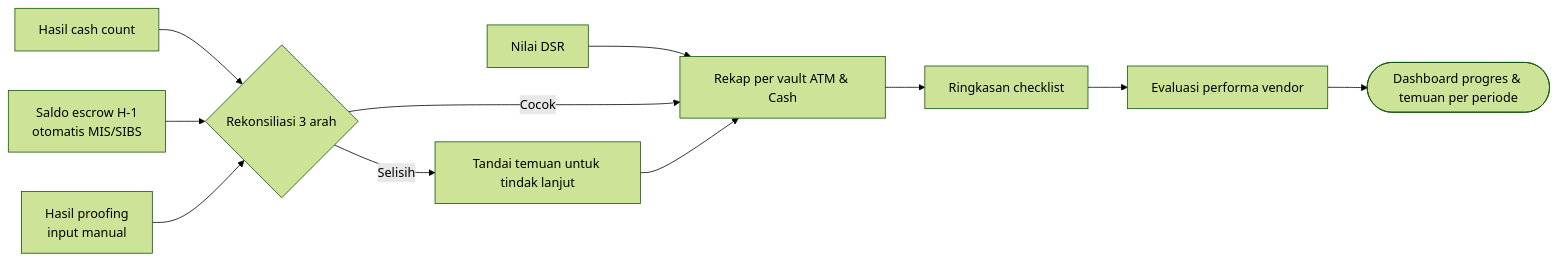
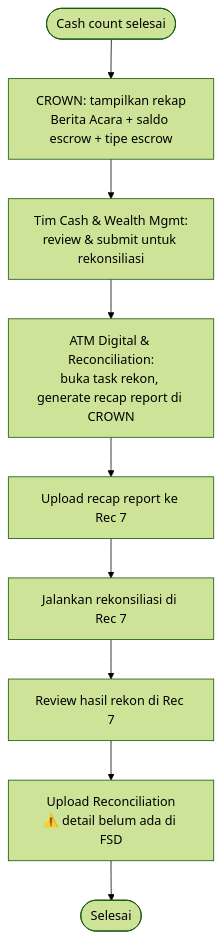
One commit to sanjayayudha18/project_cms changed the fourth of 4 diagrams in .claude/feature-flows/08-cash-count-vault/feature-flow.md. Above: the diagram before and after it, drawn with Mermaid (forest theme). The commit also changed other lines of this file and 209 other files, not shown here.

````diff
--- a/.claude/feature-flows/08-cash-count-vault/feature-flow.md
+++ b/.claude/feature-flows/08-cash-count-vault/feature-flow.md
@@ -49,12 +74,11 @@
 ```mermaid
-flowchart LR
-    A[Hasil cash count] --> R{Rekonsiliasi 3 arah}
-    B[Saldo escrow H-1<br/>otomatis MIS/SIBS] --> R
-    C[Hasil proofing<br/>input manual] --> R
-    D[Nilai DSR] --> S
-    R -->|Cocok| S[Rekap per vault ATM & Cash]
-    R -->|Selisih| T[Tandai temuan untuk tindak lanjut] --> S
-    S --> U[Ringkasan checklist]
-    U --> V[Evaluasi performa vendor]
-    V --> W([Dashboard progres & temuan per periode])
+flowchart TD
+    A([Cash count selesai]) --> B[CROWN: tampilkan rekap<br/>Berita Acara + saldo escrow + tipe escrow]
+    B --> C[Tim Cash & Wealth Mgmt:<br/>review & submit untuk rekonsiliasi]
+    C --> D[ATM Digital & Reconciliation:<br/>buka task rekon, generate recap report di CROWN]
+    D --> E[Upload recap report ke Rec 7]
+    E --> F[Jalankan rekonsiliasi di Rec 7]
+    F --> G[Review hasil rekon di Rec 7]
+    G --> H[Upload Reconciliation<br/>⚠️ detail belum ada di FSD]
+    H --> I([Selesai])
 ```
````
